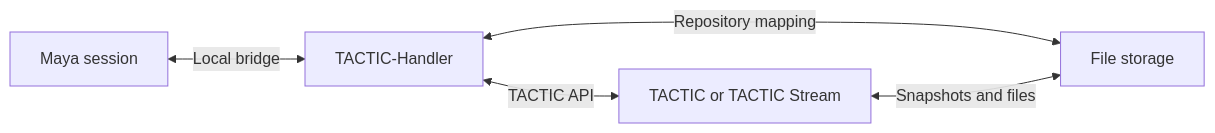
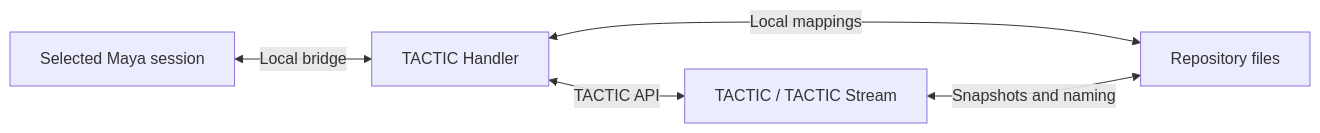
One commit to listyque/TACTIC-Handler changed the third of 3 diagrams in README.md. Above: the diagram before and after it, drawn with Mermaid. The commit also changed other lines of this file and 35 other files, not shown here.

````diff
--- a/README.md
+++ b/README.md
@@ -46,7 +379,7 @@
 ```mermaid
 flowchart LR
-    Maya["Maya session"] <-->|Local bridge| Handler["TACTIC-Handler"]
-    Handler <-->|TACTIC API| Server["TACTIC or TACTIC Stream"]
-    Handler <-->|Repository mapping| Storage["File storage"]
-    Server <-->|Snapshots and files| Storage
+    Maya["Selected Maya session"] <-->|Local bridge| Handler["TACTIC Handler"]
+    Handler <-->|TACTIC API| Server["TACTIC / TACTIC Stream"]
+    Handler <-->|Local mappings| Files["Repository files"]
+    Server <-->|Snapshots and naming| Files
 ```
````
